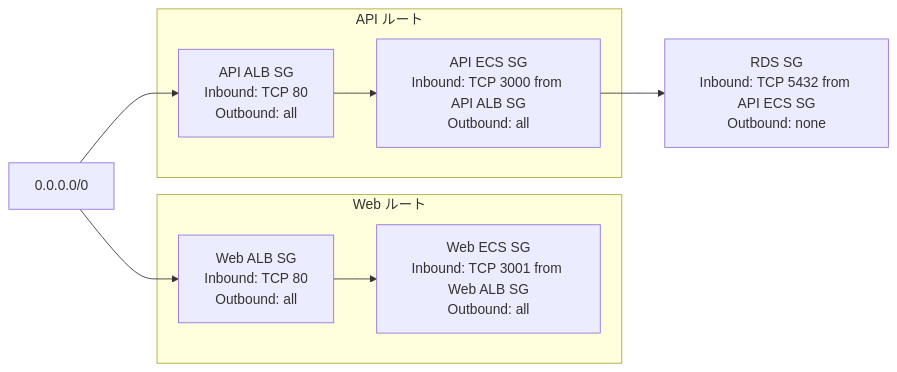
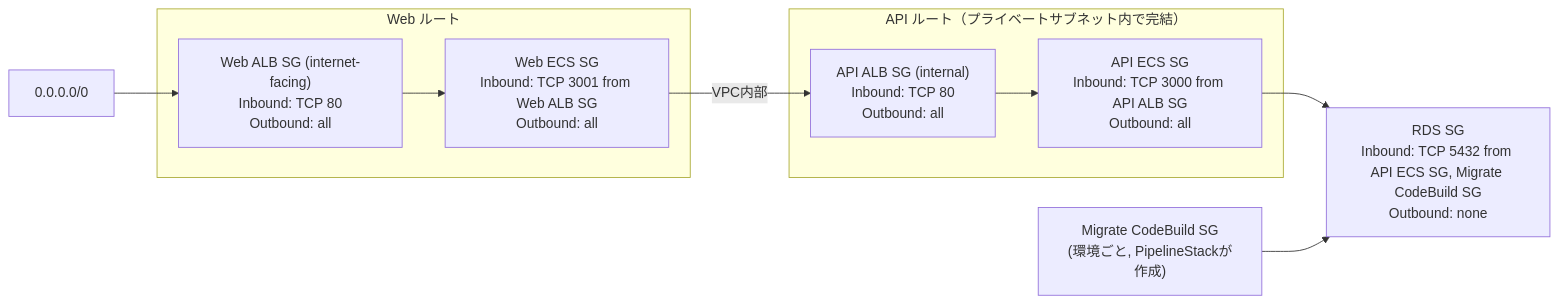
The fourth of 5 diagrams in docs/infra-architecture.md (kenwoo9y/forge-ts-example), drawn with Mermaid before and after one commit. The commit also changed other lines of this file, not shown here.

````diff
--- a/docs/infra-architecture.md
+++ b/docs/infra-architecture.md
@@ -154,20 +161,22 @@
 ```mermaid
 flowchart LR
     Internet["0.0.0.0/0"]
 
     subgraph WebRoute["Web ルート"]
-        WebALB_SG["Web ALB SG\nInbound: TCP 80\nOutbound: all"]
+        WebALB_SG["Web ALB SG (internet-facing)\nInbound: TCP 80\nOutbound: all"]
         WebECS_SG["Web ECS SG\nInbound: TCP 3001 from Web ALB SG\nOutbound: all"]
     end
 
-    subgraph ApiRoute["API ルート"]
-        ApiALB_SG["API ALB SG\nInbound: TCP 80\nOutbound: all"]
+    subgraph ApiRoute["API ルート（プライベートサブネット内で完結）"]
+        ApiALB_SG["API ALB SG (internal)\nInbound: TCP 80\nOutbound: all"]
         ApiECS_SG["API ECS SG\nInbound: TCP 3000 from API ALB SG\nOutbound: all"]
     end
 
-    RDS_SG["RDS SG\nInbound: TCP 5432 from API ECS SG\nOutbound: none"]
+    MigrateSG["Migrate CodeBuild SG\n(環境ごと, PipelineStackが作成)"]
+    RDS_SG["RDS SG\nInbound: TCP 5432 from API ECS SG, Migrate CodeBuild SG\nOutbound: none"]
 
     Internet --> WebALB_SG --> WebECS_SG
-    Internet --> ApiALB_SG --> ApiECS_SG
+    WebECS_SG -->|"VPC内部"| ApiALB_SG --> ApiECS_SG
     ApiECS_SG --> RDS_SG
+    MigrateSG --> RDS_SG
 ```
````
